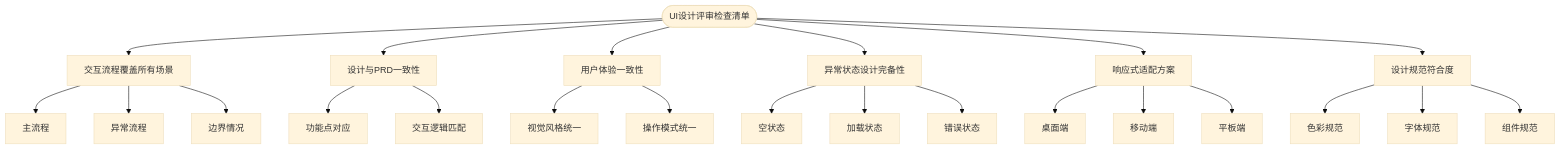
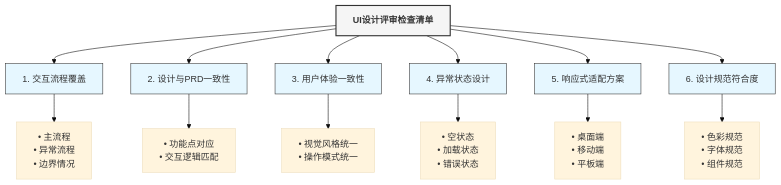
The third of 11 diagrams in 开发流程图.md (Taskon-xyz/PR), drawn with Mermaid (base theme) before and after one commit. The commit also changed other lines of this file and 1 other file, not shown here.

````diff
--- a/开发流程图.md
+++ b/开发流程图.md
@@ -85,31 +80,24 @@
 ```mermaid
-graph TD
-    UI_Check(["UI设计评审检查清单"]) --> C1["交互流程覆盖所有场景"]
-    UI_Check --> C2["设计与PRD一致性"]
-    UI_Check --> C3["用户体验一致性"]
-    UI_Check --> C4["异常状态设计完备性"]
-    UI_Check --> C5["响应式适配方案"]
-    UI_Check --> C6["设计规范符合度"]
+graph TB
+    classDef mainNode fill:#f5f5f5,stroke:#333,stroke-width:2px,color:#333,font-weight:bold
+    classDef subNode fill:#e6f7ff,stroke:#333,stroke-width:1px
     
-    C1 --> C1_1["主流程"]
-    C1 --> C1_2["异常流程"]
-    C1 --> C1_3["边界情况"]
+    UI_Check["UI设计评审检查清单"]
     
-    C2 --> C2_1["功能点对应"]
-    C2 --> C2_2["交互逻辑匹配"]
+    UI_Check --> Flow["1. 交互流程覆盖"]
+    UI_Check --> PRDMatch["2. 设计与PRD一致性"]
+    UI_Check --> UX["3. 用户体验一致性"]
+    UI_Check --> States["4. 异常状态设计"]
+    UI_Check --> Responsive["5. 响应式适配方案"]
+    UI_Check --> Standards["6. 设计规范符合度"]
     
-    C3 --> C3_1["视觉风格统一"]
-    C3 --> C3_2["操作模式统一"]
+    Flow --> Flow1["• 主流程<br>• 异常流程<br>• 边界情况"]
+    PRDMatch --> PRDMatch1["• 功能点对应<br>• 交互逻辑匹配"]
+    UX --> UX1["• 视觉风格统一<br>• 操作模式统一"]
+    States --> States1["• 空状态<br>• 加载状态<br>• 错误状态"]
+    Responsive --> Resp1["• 桌面端<br>• 移动端<br>• 平板端"]
+    Standards --> Std1["• 色彩规范<br>• 字体规范<br>• 组件规范"]
     
-    C4 --> C4_1["空状态"]
-    C4 --> C4_2["加载状态"]
-    C4 --> C4_3["错误状态"]
-    
-    C5 --> C5_1["桌面端"]
-    C5 --> C5_2["移动端"]
-    C5 --> C5_3["平板端"]
-    
-    C6 --> C6_1["色彩规范"]
-    C6 --> C6_2["字体规范"]
-    C6 --> C6_3["组件规范"]
+    class UI_Check mainNode
+    class Flow,PRDMatch,UX,States,Responsive,Standards subNode
 ```
````
